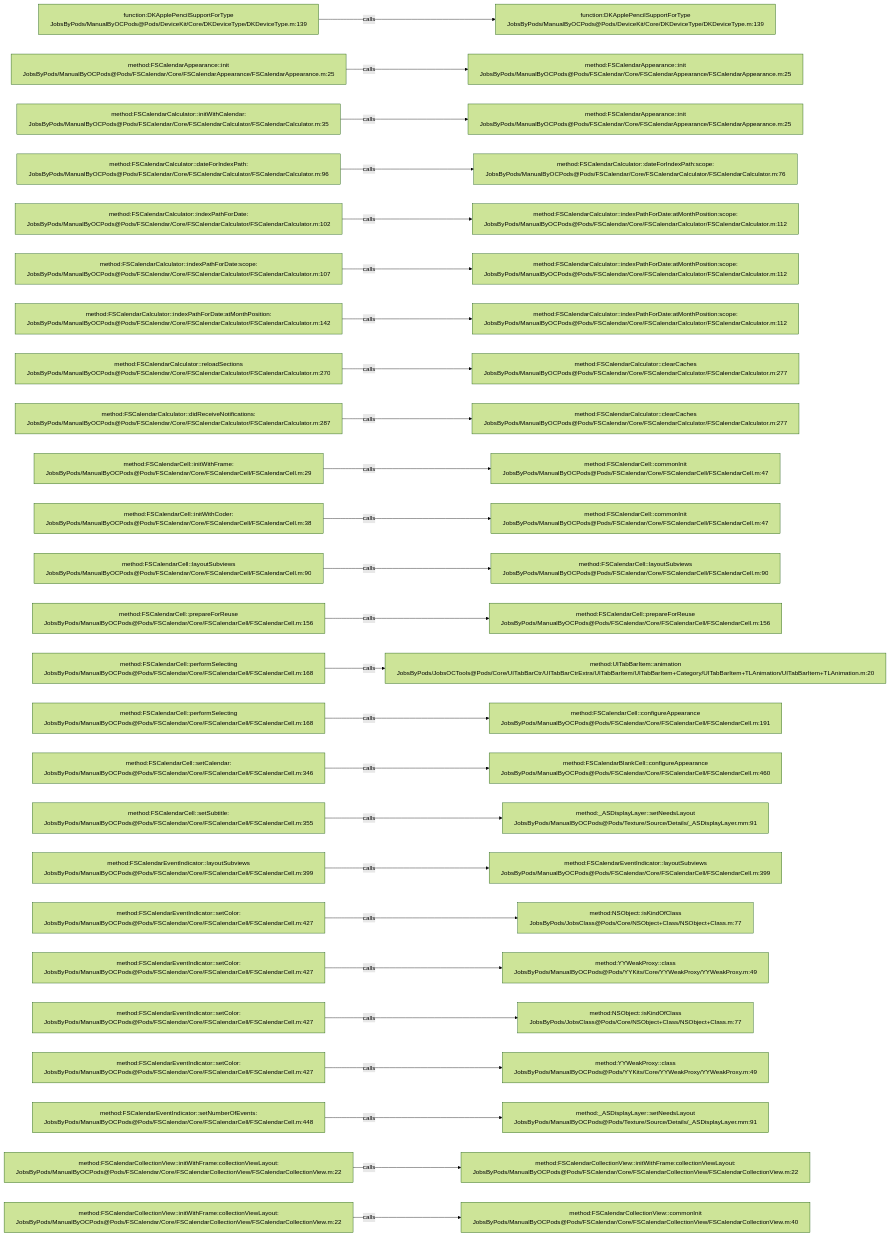
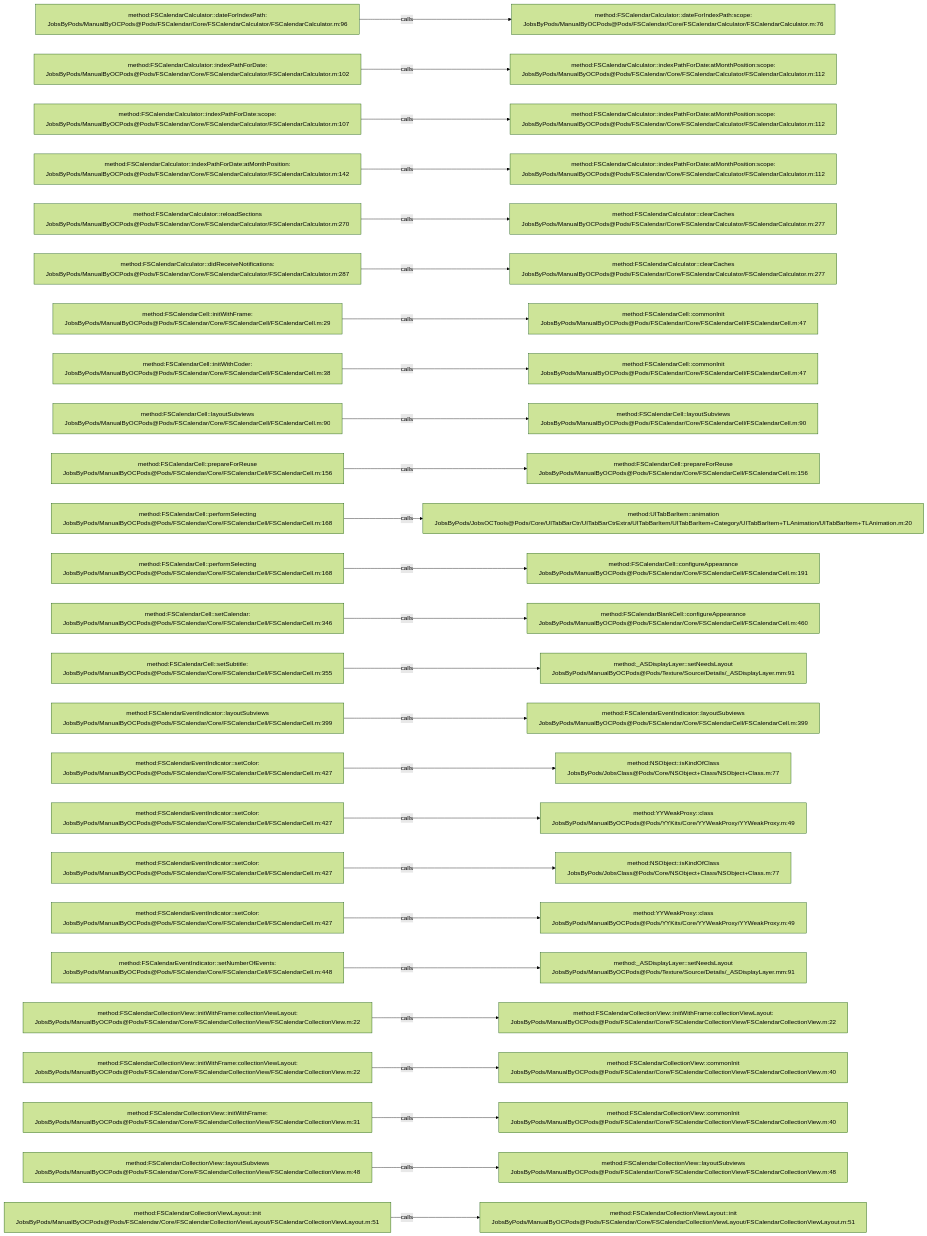
The diagram in .codegraph/codegraph.md/graphs/calls-019.md (JobsKits/JobsOCBaseConfigDemo), drawn with Mermaid (forest theme) before and after one commit. The commit also changed 342 other files, not shown here.

````diff
--- a/.codegraph/codegraph.md/graphs/calls-019.md
+++ b/.codegraph/codegraph.md/graphs/calls-019.md
@@ -13,78 +13,78 @@
 ```mermaid
 flowchart LR
-  S1["function:DKApplePencilSupportForType<br/>JobsByPods/ManualByOCPods@Pods/DeviceKit/Core/DKDeviceType/DKDeviceType.m:139"]
-  T1["function:DKApplePencilSupportForType<br/>JobsByPods/ManualByOCPods@Pods/DeviceKit/Core/DKDeviceType/DKDeviceType.m:139"]
+  S1["method:FSCalendarCalculator::dateForIndexPath:<br/>JobsByPods/ManualByOCPods@Pods/FSCalendar/Core/FSCalendarCalculator/FSCalendarCalculator.m:96"]
+  T1["method:FSCalendarCalculator::dateForIndexPath:scope:<br/>JobsByPods/ManualByOCPods@Pods/FSCalendar/Core/FSCalendarCalculator/FSCalendarCalculator.m:76"]
   S1 -->|calls| T1
-  S2["method:FSCalendarAppearance::init<br/>JobsByPods/ManualByOCPods@Pods/FSCalendar/Core/FSCalendarAppearance/FSCalendarAppearance.m:25"]
-  T2["method:FSCalendarAppearance::init<br/>JobsByPods/ManualByOCPods@Pods/FSCalendar/Core/FSCalendarAppearance/FSCalendarAppearance.m:25"]
+  S2["method:FSCalendarCalculator::indexPathForDate:<br/>JobsByPods/ManualByOCPods@Pods/FSCalendar/Core/FSCalendarCalculator/FSCalendarCalculator.m:102"]
+  T2["method:FSCalendarCalculator::indexPathForDate:atMonthPosition:scope:<br/>JobsByPods/ManualByOCPods@Pods/FSCalendar/Core/FSCalendarCalculator/FSCalendarCalculator.m:112"]
   S2 -->|calls| T2
-  S3["method:FSCalendarCalculator::initWithCalendar:<br/>JobsByPods/ManualByOCPods@Pods/FSCalendar/Core/FSCalendarCalculator/FSCalendarCalculator.m:35"]
-  T3["method:FSCalendarAppearance::init<br/>JobsByPods/ManualByOCPods@Pods/FSCalendar/Core/FSCalendarAppearance/FSCalendarAppearance.m:25"]
+  S3["method:FSCalendarCalculator::indexPathForDate:scope:<br/>JobsByPods/ManualByOCPods@Pods/FSCalendar/Core/FSCalendarCalculator/FSCalendarCalculator.m:107"]
+  T3["method:FSCalendarCalculator::indexPathForDate:atMonthPosition:scope:<br/>JobsByPods/ManualByOCPods@Pods/FSCalendar/Core/FSCalendarCalculator/FSCalendarCalculator.m:112"]
   S3 -->|calls| T3
-  S4["method:FSCalendarCalculator::dateForIndexPath:<br/>JobsByPods/ManualByOCPods@Pods/FSCalendar/Core/FSCalendarCalculator/FSCalendarCalculator.m:96"]
-  T4["method:FSCalendarCalculator::dateForIndexPath:scope:<br/>JobsByPods/ManualByOCPods@Pods/FSCalendar/Core/FSCalendarCalculator/FSCalendarCalculator.m:76"]
+  S4["method:FSCalendarCalculator::indexPathForDate:atMonthPosition:<br/>JobsByPods/ManualByOCPods@Pods/FSCalendar/Core/FSCalendarCalculator/FSCalendarCalculator.m:142"]
+  T4["method:FSCalendarCalculator::indexPathForDate:atMonthPosition:scope:<br/>JobsByPods/ManualByOCPods@Pods/FSCalendar/Core/FSCalendarCalculator/FSCalendarCalculator.m:112"]
   S4 -->|calls| T4
-  S5["method:FSCalendarCalculator::indexPathForDate:<br/>JobsByPods/ManualByOCPods@Pods/FSCalendar/Core/FSCalendarCalculator/FSCalendarCalculator.m:102"]
-  T5["method:FSCalendarCalculator::indexPathForDate:atMonthPosition:scope:<br/>JobsByPods/ManualByOCPods@Pods/FSCalendar/Core/FSCalendarCalculator/FSCalendarCalculator.m:112"]
+  S5["method:FSCalendarCalculator::reloadSections<br/>JobsByPods/ManualByOCPods@Pods/FSCalendar/Core/FSCalendarCalculator/FSCalendarCalculator.m:270"]
+  T5["method:FSCalendarCalculator::clearCaches<br/>JobsByPods/ManualByOCPods@Pods/FSCalendar/Core/FSCalendarCalculator/FSCalendarCalculator.m:277"]
   S5 -->|calls| T5
-  S6["method:FSCalendarCalculator::indexPathForDate:scope:<br/>JobsByPods/ManualByOCPods@Pods/FSCalendar/Core/FSCalendarCalculator/FSCalendarCalculator.m:107"]
-  T6["method:FSCalendarCalculator::indexPathForDate:atMonthPosition:scope:<br/>JobsByPods/ManualByOCPods@Pods/FSCalendar/Core/FSCalendarCalculator/FSCalendarCalculator.m:112"]
+  S6["method:FSCalendarCalculator::didReceiveNotifications:<br/>JobsByPods/ManualByOCPods@Pods/FSCalendar/Core/FSCalendarCalculator/FSCalendarCalculator.m:287"]
+  T6["method:FSCalendarCalculator::clearCaches<br/>JobsByPods/ManualByOCPods@Pods/FSCalendar/Core/FSCalendarCalculator/FSCalendarCalculator.m:277"]
   S6 -->|calls| T6
-  S7["method:FSCalendarCalculator::indexPathForDate:atMonthPosition:<br/>JobsByPods/ManualByOCPods@Pods/FSCalendar/Core/FSCalendarCalculator/FSCalendarCalculator.m:142"]
-  T7["method:FSCalendarCalculator::indexPathForDate:atMonthPosition:scope:<br/>JobsByPods/ManualByOCPods@Pods/FSCalendar/Core/FSCalendarCalculator/FSCalendarCalculator.m:112"]
+  S7["method:FSCalendarCell::initWithFrame:<br/>JobsByPods/ManualByOCPods@Pods/FSCalendar/Core/FSCalendarCell/FSCalendarCell.m:29"]
+  T7["method:FSCalendarCell::commonInit<br/>JobsByPods/ManualByOCPods@Pods/FSCalendar/Core/FSCalendarCell/FSCalendarCell.m:47"]
   S7 -->|calls| T7
-  S8["method:FSCalendarCalculator::reloadSections<br/>JobsByPods/ManualByOCPods@Pods/FSCalendar/Core/FSCalendarCalculator/FSCalendarCalculator.m:270"]
-  T8["method:FSCalendarCalculator::clearCaches<br/>JobsByPods/ManualByOCPods@Pods/FSCalendar/Core/FSCalendarCalculator/FSCalendarCalculator.m:277"]
+  S8["method:FSCalendarCell::initWithCoder:<br/>JobsByPods/ManualByOCPods@Pods/FSCalendar/Core/FSCalendarCell/FSCalendarCell.m:38"]
+  T8["method:FSCalendarCell::commonInit<br/>JobsByPods/ManualByOCPods@Pods/FSCalendar/Core/FSCalendarCell/FSCalendarCell.m:47"]
   S8 -->|calls| T8
-  S9["method:FSCalendarCalculator::didReceiveNotifications:<br/>JobsByPods/ManualByOCPods@Pods/FSCalendar/Core/FSCalendarCalculator/FSCalendarCalculator.m:287"]
-  T9["method:FSCalendarCalculator::clearCaches<br/>JobsByPods/ManualByOCPods@Pods/FSCalendar/Core/FSCalendarCalculator/FSCalendarCalculator.m:277"]
+  S9["method:FSCalendarCell::layoutSubviews<br/>JobsByPods/ManualByOCPods@Pods/FSCalendar/Core/FSCalendarCell/FSCalendarCell.m:90"]
+  T9["method:FSCalendarCell::layoutSubviews<br/>JobsByPods/ManualByOCPods@Pods/FSCalendar/Core/FSCalendarCell/FSCalendarCell.m:90"]
   S9 -->|calls| T9
-  S10["method:FSCalendarCell::initWithFrame:<br/>JobsByPods/ManualByOCPods@Pods/FSCalendar/Core/FSCalendarCell/FSCalendarCell.m:29"]
-  T10["method:FSCalendarCell::commonInit<br/>JobsByPods/ManualByOCPods@Pods/FSCalendar/Core/FSCalendarCell/FSCalendarCell.m:47"]
+  S10["method:FSCalendarCell::prepareForReuse<br/>JobsByPods/ManualByOCPods@Pods/FSCalendar/Core/FSCalendarCell/FSCalendarCell.m:156"]
+  T10["method:FSCalendarCell::prepareForReuse<br/>JobsByPods/ManualByOCPods@Pods/FSCalendar/Core/FSCalendarCell/FSCalendarCell.m:156"]
   S10 -->|calls| T10
-  S11["method:FSCalendarCell::initWithCoder:<br/>JobsByPods/ManualByOCPods@Pods/FSCalendar/Core/FSCalendarCell/FSCalendarCell.m:38"]
-  T11["method:FSCalendarCell::commonInit<br/>JobsByPods/ManualByOCPods@Pods/FSCalendar/Core/FSCalendarCell/FSCalendarCell.m:47"]
+  S11["method:FSCalendarCell::performSelecting<br/>JobsByPods/ManualByOCPods@Pods/FSCalendar/Core/FSCalendarCell/FSCalendarCell.m:168"]
+  T11["method:UITabBarItem::animation<br/>JobsByPods/JobsOCTools@Pods/Core/UITabBarCtr/UITabBarCtrExtra/UITabBarItem/UITabBarItem+Category/UITabBarItem+TLAnimation/UITabBarItem+TLAnimation.m:20"]
   S11 -->|calls| T11
-  S12["method:FSCalendarCell::layoutSubviews<br/>JobsByPods/ManualByOCPods@Pods/FSCalendar/Core/FSCalendarCell/FSCalendarCell.m:90"]
-  T12["method:FSCalendarCell::layoutSubviews<br/>JobsByPods/ManualByOCPods@Pods/FSCalendar/Core/FSCalendarCell/FSCalendarCell.m:90"]
+  S12["method:FSCalendarCell::performSelecting<br/>JobsByPods/ManualByOCPods@Pods/FSCalendar/Core/FSCalendarCell/FSCalendarCell.m:168"]
+  T12["method:FSCalendarCell::configureAppearance<br/>JobsByPods/ManualByOCPods@Pods/FSCalendar/Core/FSCalendarCell/FSCalendarCell.m:191"]
   S12 -->|calls| T12
-  S13["method:FSCalendarCell::prepareForReuse<br/>JobsByPods/ManualByOCPods@Pods/FSCalendar/Core/FSCalendarCell/FSCalendarCell.m:156"]
-  T13["method:FSCalendarCell::prepareForReuse<br/>JobsByPods/ManualByOCPods@Pods/FSCalendar/Core/FSCalendarCell/FSCalendarCell.m:156"]
+  S13["method:FSCalendarCell::setCalendar:<br/>JobsByPods/ManualByOCPods@Pods/FSCalendar/Core/FSCalendarCell/FSCalendarCell.m:346"]
+  T13["method:FSCalendarBlankCell::configureAppearance<br/>JobsByPods/ManualByOCPods@Pods/FSCalendar/Core/FSCalendarCell/FSCalendarCell.m:460"]
   S13 -->|calls| T13
-  S14["method:FSCalendarCell::performSelecting<br/>JobsByPods/ManualByOCPods@Pods/FSCalendar/Core/FSCalendarCell/FSCalendarCell.m:168"]
-  T14["method:UITabBarItem::animation<br/>JobsByPods/JobsOCTools@Pods/Core/UITabBarCtr/UITabBarCtrExtra/UITabBarItem/UITabBarItem+Category/UITabBarItem+TLAnimation/UITabBarItem+TLAnimation.m:20"]
+  S14["method:FSCalendarCell::setSubtitle:<br/>JobsByPods/ManualByOCPods@Pods/FSCalendar/Core/FSCalendarCell/FSCalendarCell.m:355"]
+  T14["method:_ASDisplayLayer::setNeedsLayout<br/>JobsByPods/ManualByOCPods@Pods/Texture/Source/Details/_ASDisplayLayer.mm:91"]
   S14 -->|calls| T14
-  S15["method:FSCalendarCell::performSelecting<br/>JobsByPods/ManualByOCPods@Pods/FSCalendar/Core/FSCalendarCell/FSCalendarCell.m:168"]
-  T15["method:FSCalendarCell::configureAppearance<br/>JobsByPods/ManualByOCPods@Pods/FSCalendar/Core/FSCalendarCell/FSCalendarCell.m:191"]
+  S15["method:FSCalendarEventIndicator::layoutSubviews<br/>JobsByPods/ManualByOCPods@Pods/FSCalendar/Core/FSCalendarCell/FSCalendarCell.m:399"]
+  T15["method:FSCalendarEventIndicator::layoutSubviews<br/>JobsByPods/ManualByOCPods@Pods/FSCalendar/Core/FSCalendarCell/FSCalendarCell.m:399"]
   S15 -->|calls| T15
-  S16["method:FSCalendarCell::setCalendar:<br/>JobsByPods/ManualByOCPods@Pods/FSCalendar/Core/FSCalendarCell/FSCalendarCell.m:346"]
-  T16["method:FSCalendarBlankCell::configureAppearance<br/>JobsByPods/ManualByOCPods@Pods/FSCalendar/Core/FSCalendarCell/FSCalendarCell.m:460"]
+  S16["method:FSCalendarEventIndicator::setColor:<br/>JobsByPods/ManualByOCPods@Pods/FSCalendar/Core/FSCalendarCell/FSCalendarCell.m:427"]
+  T16["method:NSObject::isKindOfClass<br/>JobsByPods/JobsClass@Pods/Core/NSObject+Class/NSObject+Class.m:77"]
   S16 -->|calls| T16
-  S17["method:FSCalendarCell::setSubtitle:<br/>JobsByPods/ManualByOCPods@Pods/FSCalendar/Core/FSCalendarCell/FSCalendarCell.m:355"]
-  T17["method:_ASDisplayLayer::setNeedsLayout<br/>JobsByPods/ManualByOCPods@Pods/Texture/Source/Details/_ASDisplayLayer.mm:91"]
+  S17["method:FSCalendarEventIndicator::setColor:<br/>JobsByPods/ManualByOCPods@Pods/FSCalendar/Core/FSCalendarCell/FSCalendarCell.m:427"]
+  T17["method:YYWeakProxy::class<br/>JobsByPods/ManualByOCPods@Pods/YYKits/Core/YYWeakProxy/YYWeakProxy.m:49"]
   S17 -->|calls| T17
-  S18["method:FSCalendarEventIndicator::layoutSubviews<br/>JobsByPods/ManualByOCPods@Pods/FSCalendar/Core/FSCalendarCell/FSCalendarCell.m:399"]
-  T18["method:FSCalendarEventIndicator::layoutSubviews<br/>JobsByPods/ManualByOCPods@Pods/FSCalendar/Core/FSCalendarCell/FSCalendarCell.m:399"]
+  S18["method:FSCalendarEventIndicator::setColor:<br/>JobsByPods/ManualByOCPods@Pods/FSCalendar/Core/FSCalendarCell/FSCalendarCell.m:427"]
+  T18["method:NSObject::isKindOfClass<br/>JobsByPods/JobsClass@Pods/Core/NSObject+Class/NSObject+Class.m:77"]
   S18 -->|calls| T18
   S19["method:FSCalendarEventIndicator::setColor:<br/>JobsByPods/ManualByOCPods@Pods/FSCalendar/Core/FSCalendarCell/FSCalendarCell.m:427"]
-  T19["method:NSObject::isKindOfClass<br/>JobsByPods/JobsClass@Pods/Core/NSObject+Class/NSObject+Class.m:77"]
+  T19["method:YYWeakProxy::class<br/>JobsByPods/ManualByOCPods@Pods/YYKits/Core/YYWeakProxy/YYWeakProxy.m:49"]
   S19 -->|calls| T19
-  S20["method:FSCalendarEventIndicator::setColor:<br/>JobsByPods/ManualByOCPods@Pods/FSCalendar/Core/FSCalendarCell/FSCalendarCell.m:427"]
-  T20["method:YYWeakProxy::class<br/>JobsByPods/ManualByOCPods@Pods/YYKits/Core/YYWeakProxy/YYWeakProxy.m:49"]
+  S20["method:FSCalendarEventIndicator::setNumberOfEvents:<br/>JobsByPods/ManualByOCPods@Pods/FSCalendar/Core/FSCalendarCell/FSCalendarCell.m:448"]
+  T20["method:_ASDisplayLayer::setNeedsLayout<br/>JobsByPods/ManualByOCPods@Pods/Texture/Source/Details/_ASDisplayLayer.mm:91"]
   S20 -->|calls| T20
-  S21["method:FSCalendarEventIndicator::setColor:<br/>JobsByPods/ManualByOCPods@Pods/FSCalendar/Core/FSCalendarCell/FSCalendarCell.m:427"]
-  T21["method:NSObject::isKindOfClass<br/>JobsByPods/JobsClass@Pods/Core/NSObject+Class/NSObject+Class.m:77"]
+  S21["method:FSCalendarCollectionView::initWithFrame:collectionViewLayout:<br/>JobsByPods/ManualByOCPods@Pods/FSCalendar/Core/FSCalendarCollectionView/FSCalendarCollectionView.m:22"]
+  T21["method:FSCalendarCollectionView::initWithFrame:collectionViewLayout:<br/>JobsByPods/ManualByOCPods@Pods/FSCalendar/Core/FSCalendarCollectionView/FSCalendarCollectionView.m:22"]
   S21 -->|calls| T21
-  S22["method:FSCalendarEventIndicator::setColor:<br/>JobsByPods/ManualByOCPods@Pods/FSCalendar/Core/FSCalendarCell/FSCalendarCell.m:427"]
-  T22["method:YYWeakProxy::class<br/>JobsByPods/ManualByOCPods@Pods/YYKits/Core/YYWeakProxy/YYWeakProxy.m:49"]
+  S22["method:FSCalendarCollectionView::initWithFrame:collectionViewLayout:<br/>JobsByPods/ManualByOCPods@Pods/FSCalendar/Core/FSCalendarCollectionView/FSCalendarCollectionView.m:22"]
+  T22["method:FSCalendarCollectionView::commonInit<br/>JobsByPods/ManualByOCPods@Pods/FSCalendar/Core/FSCalendarCollectionView/FSCalendarCollectionView.m:40"]
   S22 -->|calls| T22
-  S23["method:FSCalendarEventIndicator::setNumberOfEvents:<br/>JobsByPods/ManualByOCPods@Pods/FSCalendar/Core/FSCalendarCell/FSCalendarCell.m:448"]
-  T23["method:_ASDisplayLayer::setNeedsLayout<br/>JobsByPods/ManualByOCPods@Pods/Texture/Source/Details/_ASDisplayLayer.mm:91"]
+  S23["method:FSCalendarCollectionView::initWithFrame:<br/>JobsByPods/ManualByOCPods@Pods/FSCalendar/Core/FSCalendarCollectionView/FSCalendarCollectionView.m:31"]
+  T23["method:FSCalendarCollectionView::commonInit<br/>JobsByPods/ManualByOCPods@Pods/FSCalendar/Core/FSCalendarCollectionView/FSCalendarCollectionView.m:40"]
   S23 -->|calls| T23
-  S24["method:FSCalendarCollectionView::initWithFrame:collectionViewLayout:<br/>JobsByPods/ManualByOCPods@Pods/FSCalendar/Core/FSCalendarCollectionView/FSCalendarCollectionView.m:22"]
-  T24["method:FSCalendarCollectionView::initWithFrame:collectionViewLayout:<br/>JobsByPods/ManualByOCPods@Pods/FSCalendar/Core/FSCalendarCollectionView/FSCalendarCollectionView.m:22"]
+  S24["method:FSCalendarCollectionView::layoutSubviews<br/>JobsByPods/ManualByOCPods@Pods/FSCalendar/Core/FSCalendarCollectionView/FSCalendarCollectionView.m:48"]
+  T24["method:FSCalendarCollectionView::layoutSubviews<br/>JobsByPods/ManualByOCPods@Pods/FSCalendar/Core/FSCalendarCollectionView/FSCalendarCollectionView.m:48"]
   S24 -->|calls| T24
-  S25["method:FSCalendarCollectionView::initWithFrame:collectionViewLayout:<br/>JobsByPods/ManualByOCPods@Pods/FSCalendar/Core/FSCalendarCollectionView/FSCalendarCollectionView.m:22"]
-  T25["method:FSCalendarCollectionView::commonInit<br/>JobsByPods/ManualByOCPods@Pods/FSCalendar/Core/FSCalendarCollectionView/FSCalendarCollectionView.m:40"]
+  S25["method:FSCalendarCollectionViewLayout::init<br/>JobsByPods/ManualByOCPods@Pods/FSCalendar/Core/FSCalendarCollectionViewLayout/FSCalendarCollectionViewLayout.m:51"]
+  T25["method:FSCalendarCollectionViewLayout::init<br/>JobsByPods/ManualByOCPods@Pods/FSCalendar/Core/FSCalendarCollectionViewLayout/FSCalendarCollectionViewLayout.m:51"]
   S25 -->|calls| T25
 ```
````
